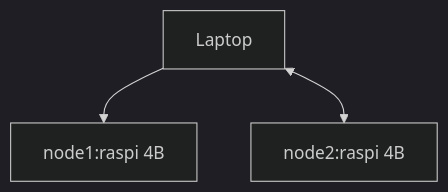
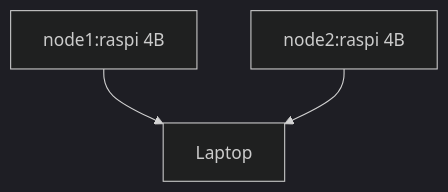
One commit to MyStarNight/fl-experiment changed the diagram in exp-log/log&idea.md. Above: the diagram before and after it, drawn with Mermaid (dark theme). The commit also changed other lines of this file, not shown here.

````diff
--- a/exp-log/log&idea.md
+++ b/exp-log/log&idea.md
@@ -71,7 +71,7 @@
 ```mermaid
-graph
-A[Laptop]-->B[node1:raspi 4B]
-A<-->C[node2:raspi 4B]
+graph 
+B[node1:raspi 4B]-->A[Laptop]
+C[node2:raspi 4B]-->A
 
 
 ```
````
